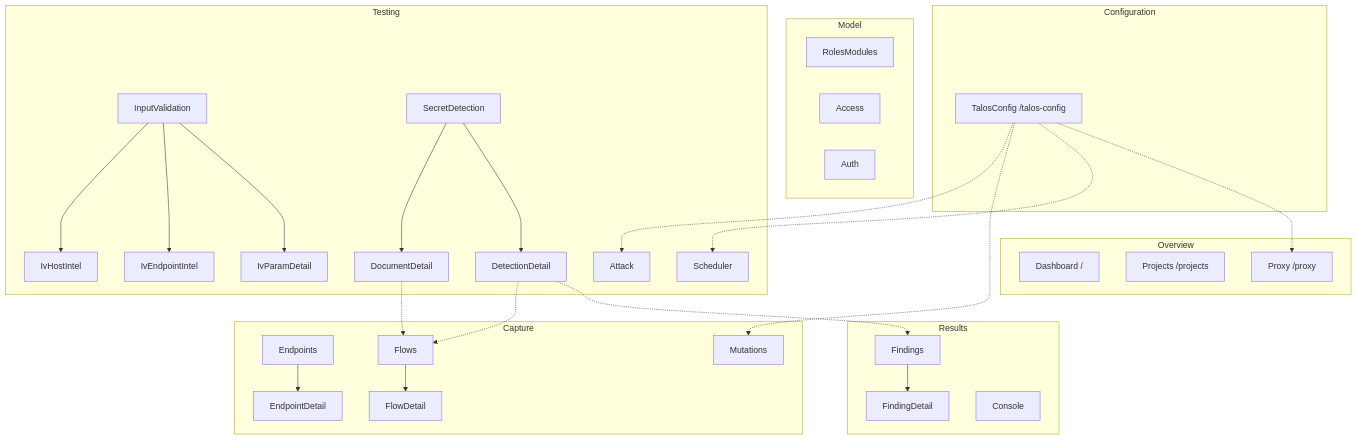
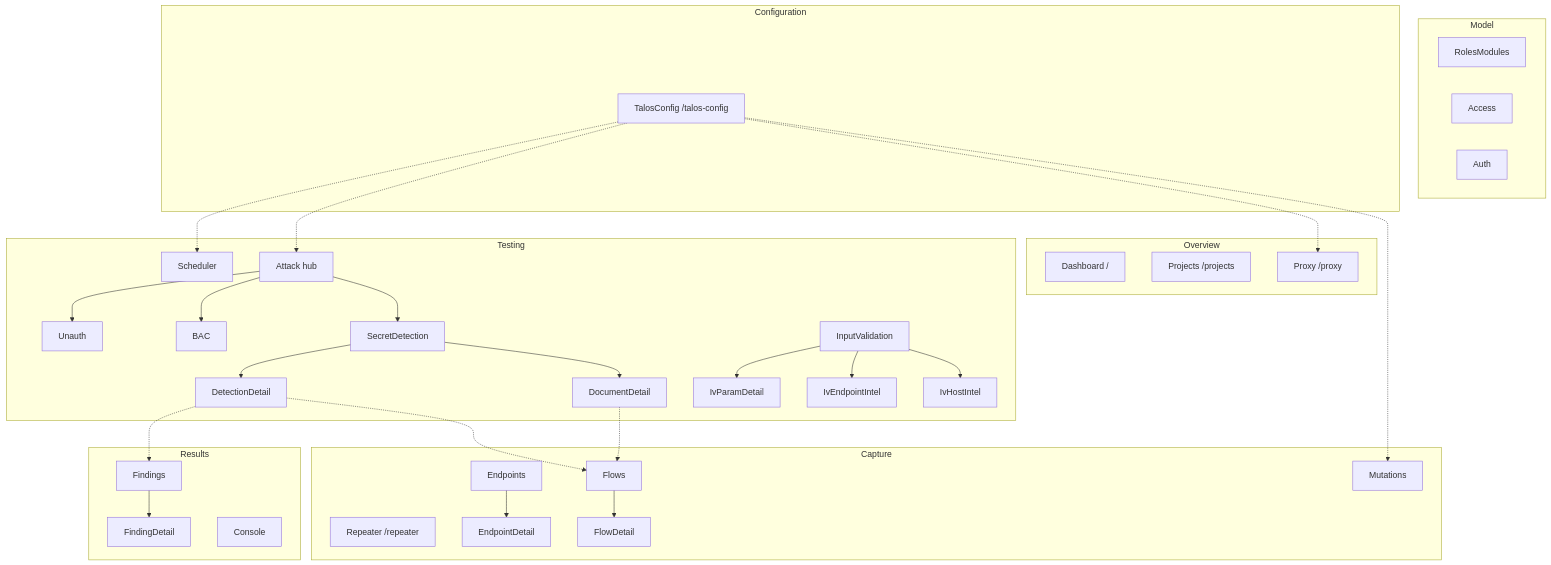
The diagram in docs/control-panel/pages.md (himanshugupta2077/talos), drawn with Mermaid before and after one commit. The commit also changed other lines of this file and 187 other files, not shown here.

````diff
--- a/docs/control-panel/pages.md
+++ b/docs/control-panel/pages.md
@@ -5,54 +5,60 @@
 ```mermaid
 flowchart TD
   subgraph overview [Overview]
     D[Dashboard /]
     P[Projects /projects]
     X[Proxy /proxy]
   end
   subgraph model [Model]
     RM[RolesModules]
     A[Access]
     AU[Auth]
   end
   subgraph capture [Capture]
+    RP[Repeater /repeater]
     E[Endpoints]
     ED[EndpointDetail]
     F[Flows]
     FD[FlowDetail]
     M[Mutations]
   end
   subgraph testing [Testing]
     S[Scheduler]
-    AT[Attack]
+    AT[Attack hub]
+    ATU[Unauth]
+    ATB[BAC]
+    SI[SecretDetection]
+    SID[DetectionDetail]
+    SIDO[DocumentDetail]
     IV[InputValidation]
     IVP[IvParamDetail]
     IVE[IvEndpointIntel]
     IVH[IvHostIntel]
-    SI[SecretDetection]
-    SID[DetectionDetail]
-    SIDO[DocumentDetail]
   end
   subgraph configuration [Configuration]
     TC[TalosConfig /talos-config]
   end
   subgraph results [Results]
     FI[Findings]
     FID[FindingDetail]
     C[Console]
   end
   E --> ED
   F --> FD
   FI --> FID
+  AT --> ATU
+  AT --> ATB
+  AT --> SI
+  SI --> SID
+  SI --> SIDO
   IV --> IVP
   IV --> IVE
   IV --> IVH
-  SI --> SID
-  SI --> SIDO
   SID -.-> FI
   SID -.-> F
   SIDO -.-> F
   TC -.-> X
   TC -.-> S
   TC -.-> M
   TC -.-> AT
 ```
````
